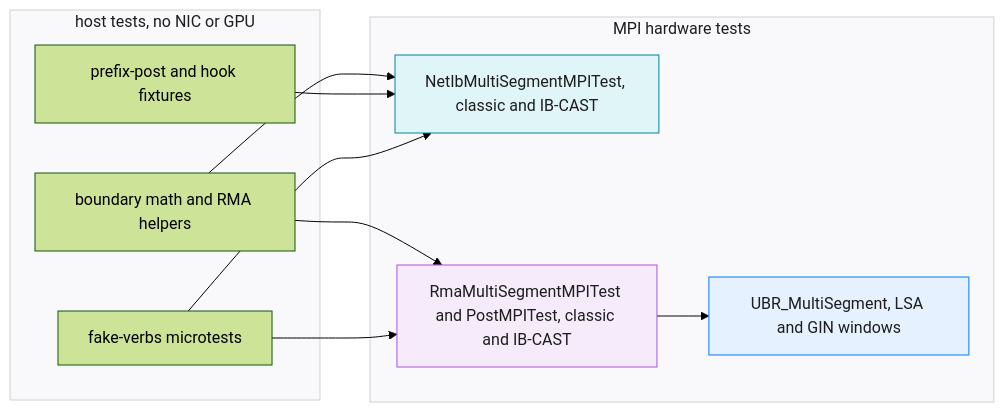
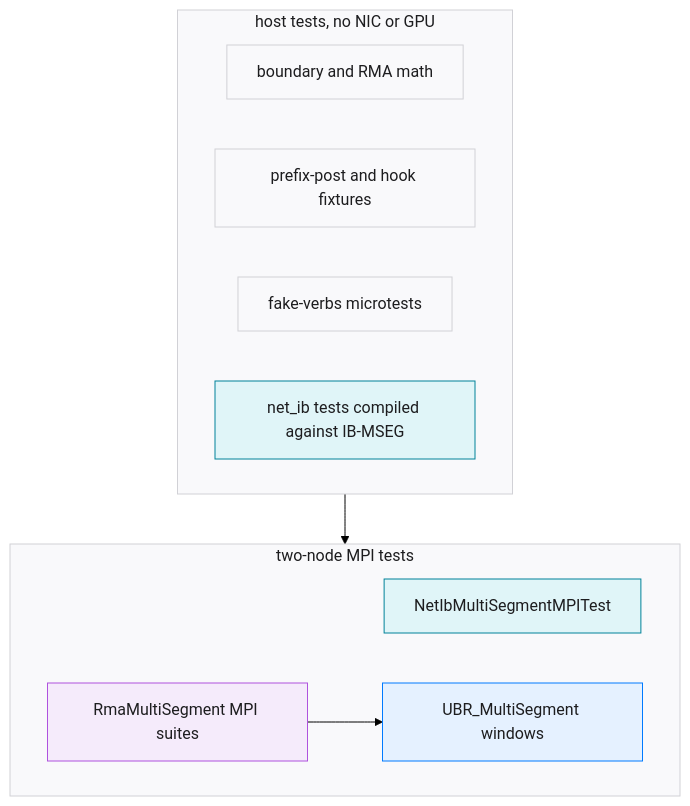
The first of 2 diagrams in projects/rccl/docs/design/multi_segment_testing.md (ROCm/rocm-systems), drawn with Mermaid (forest theme) before and after one commit. The commit also changed other lines of this file and 16 other files, not shown here.

````diff
--- a/projects/rccl/docs/design/multi_segment_testing.md
+++ b/projects/rccl/docs/design/multi_segment_testing.md
@@ -10,28 +10,25 @@
 ```mermaid
-%% caption: Test layers: host unit tests, MPI hardware tests, and runner jobs
-flowchart LR
+%% caption: Test layers: host tests, MPI hardware tests, and runner jobs
+flowchart TD
  subgraph host["host tests, no NIC or GPU"]
- ut["boundary math and RMA helpers"]
+ ut["boundary and RMA math"]
  fx["prefix-post and hook fixtures"]
  micro["fake-verbs microtests"]
+ twice["net_ib tests compiled against IB-MSEG"]
  end
- subgraph hw["MPI hardware tests"]
- p2p["NetIbMultiSegmentMPITest, classic and IB-CAST"]
- rma["RmaMultiSegmentMPITest and PostMPITest, classic and IB-CAST"]
- ubr["UBR_MultiSegment, LSA and GIN windows"]
+ subgraph hw["two-node MPI tests"]
+ p2p["NetIbMultiSegmentMPITest"]
+ rma["RmaMultiSegment MPI suites"]
+ ubr["UBR_MultiSegment windows"]
  end
- ut --> p2p
- fx --> p2p
- micro --> p2p
- ut --> rma
- micro --> rma
+ host --> hw
  rma --> ubr
  classDef netib fill:#e0f5f8,stroke:#008299,color:#1d1d1f
  classDef rma fill:#f5ebfb,stroke:#af52de,color:#1d1d1f
  classDef gin fill:#e5f1ff,stroke:#007aff,color:#1d1d1f
  classDef neutral fill:#f9f9fb,stroke:#d1d1d6,color:#1d1d1f
- class p2p netib
+ class p2p,twice netib
  class rma rma
  class ubr gin
- class host,hw neutral
+ class host,hw,ut,fx,micro neutral
 ```
````
